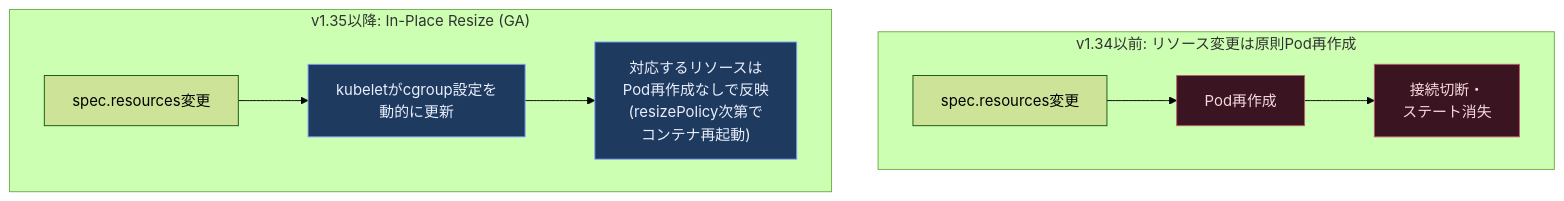
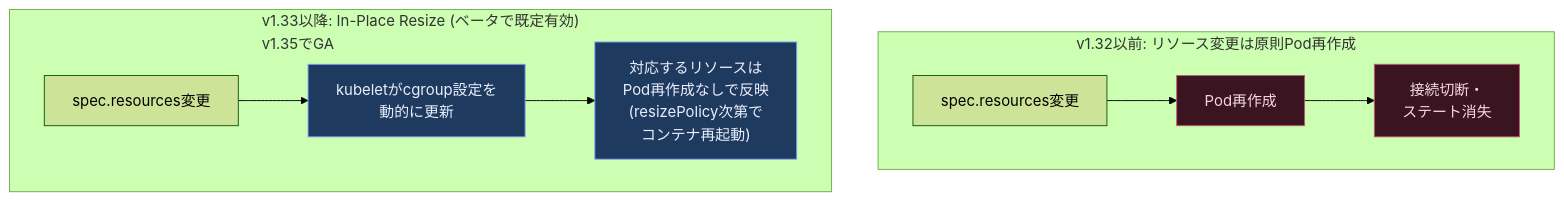
One commit to myoshi2891/Cloud-Infrastructure-Studies changed diagram 37 of 41 in Kubernetes-in-Action.md. Above: the diagram before and after it, drawn with Mermaid (forest theme). The commit also changed other lines of this file, not shown here.

Commit message:
docs(k8s): update In-Place Resize, Istio sidecars, and CNCF stats in Kubernetes in Action guide

````diff
--- a/Kubernetes-in-Action.md
+++ b/Kubernetes-in-Action.md
@@ -1139,16 +1139,16 @@
 ```mermaid
 flowchart TB
-    subgraph BEFORE["v1.34以前: リソース変更は原則Pod再作成"]
+    subgraph BEFORE["v1.32以前: リソース変更は原則Pod再作成"]
         direction LR
         B1["spec.resources変更"] --> B2["Pod再作成"] --> B3["接続切断・<br/>ステート消失"]
     end
-    subgraph AFTER["v1.35以降: In-Place Resize (GA)"]
+    subgraph AFTER["v1.33以降: In-Place Resize (ベータで既定有効)<br/>v1.35でGA"]
         direction LR
         A1["spec.resources変更"] --> A2["kubeletがcgroup設定を<br/>動的に更新"] --> A3["対応するリソースは<br/>Pod再作成なしで反映<br/>(resizePolicy次第で<br/>コンテナ再起動)"]
     end
 
     classDef highlightFill fill:#1f3a5f,stroke:#7c9eff,color:#e8eefc
     classDef dangerFill fill:#3a1420,stroke:#c05a6e,color:#f5d8de
     class A2,A3 highlightFill
     class B2,B3 dangerFill
 ```
````
